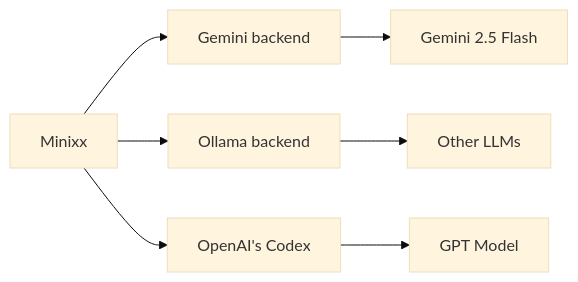
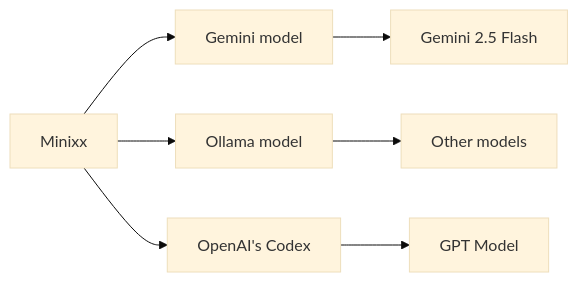
The first of 4 diagrams in README.md (mtov/minixx), drawn with Mermaid (base theme) before and after one commit. The commit also changed other lines of this file and 10 other files, not shown here.

Commit message:
refactor: rename backend terminology to model

````diff
--- a/README.md
+++ b/README.md
@@ -80,9 +80,9 @@
 ```mermaid
 flowchart LR
-    Minixx --> Gemini["Gemini backend"]
+    Minixx --> Gemini["Gemini model"]
     Gemini --> GoogleModel["Gemini 2.5 Flash"]
-    Minixx --> Ollama["Ollama backend"]
-    Ollama --> Other["Other LLMs"]
+    Minixx --> Ollama["Ollama model"]
+    Ollama --> Other["Other models"]
     Minixx --> Codex["OpenAI's Codex"]
     Codex --> GPT["GPT Model"]
 ```
````
